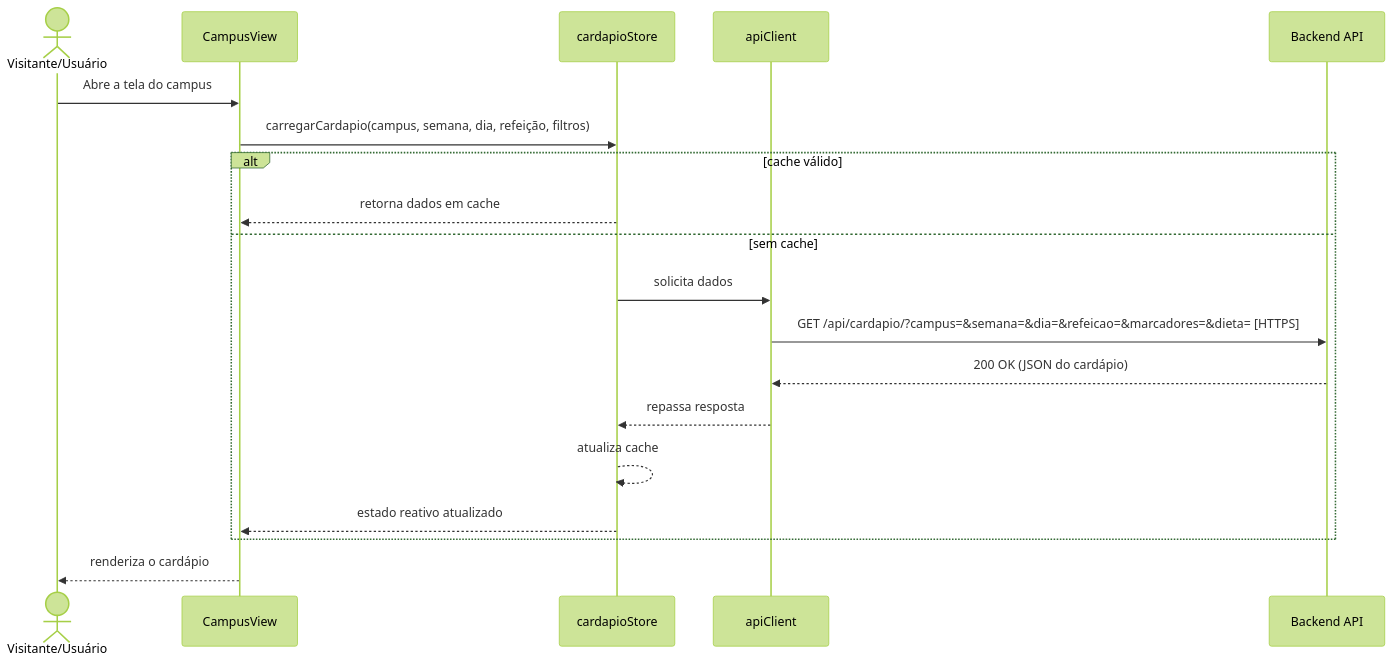
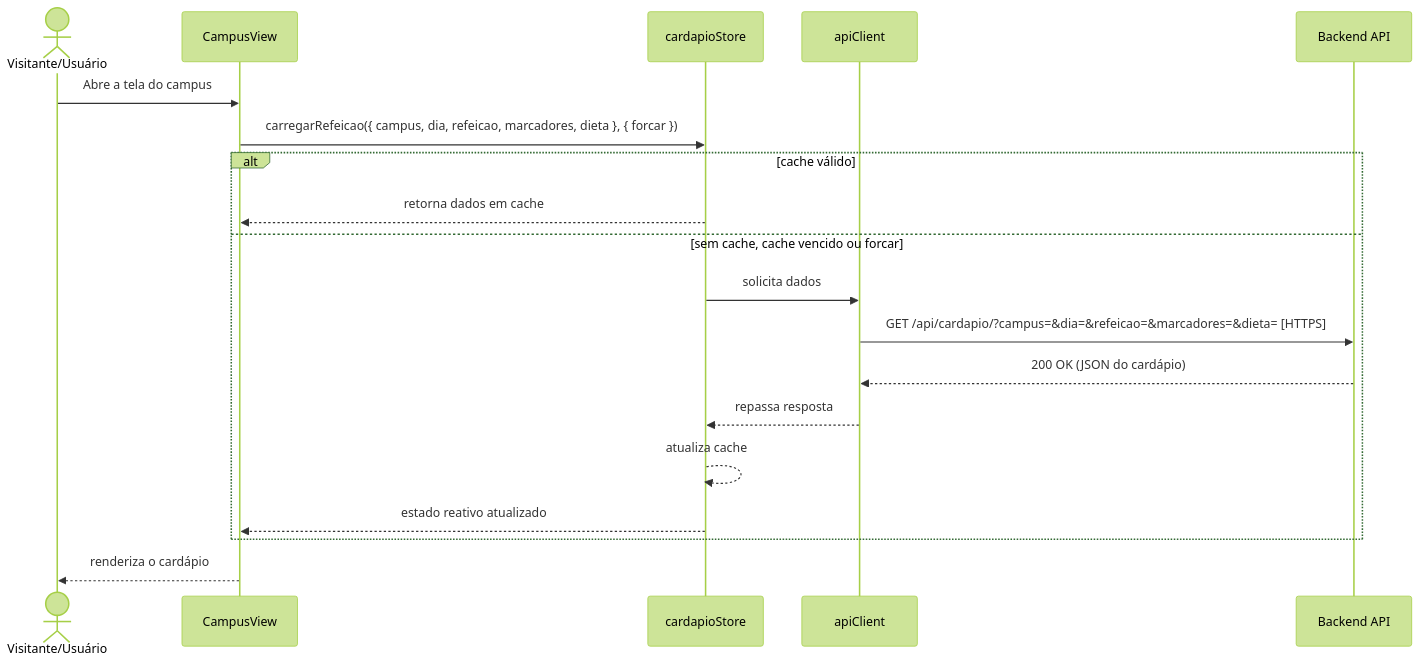
One commit to unb-mds/2026-2-Bandejao-UnB changed the fifth of 11 diagrams in docs/arquitetura/front-end/c4-niveis-3-4-frontend-bandejao.md. Above: the diagram before and after it, drawn with Mermaid (forest theme). The commit also changed other lines of this file, not shown here.

````diff
--- a/docs/arquitetura/front-end/c4-niveis-3-4-frontend-bandejao.md
+++ b/docs/arquitetura/front-end/c4-niveis-3-4-frontend-bandejao.md
@@ -663,22 +664,22 @@
 ```mermaid
 sequenceDiagram
   actor V as Visitante/Usuário
   participant CV as CampusView
   participant CS as cardapioStore
   participant AC as apiClient
   participant BE as Backend API
 
   V->>CV: Abre a tela do campus
-  CV->>CS: carregarCardapio(campus, semana, dia, refeição, filtros)
+  CV->>CS: carregarRefeicao({ campus, dia, refeicao, marcadores, dieta }, { forcar })
   alt cache válido
     CS-->>CV: retorna dados em cache
-  else sem cache
+  else sem cache, cache vencido ou forcar
     CS->>AC: solicita dados
-    AC->>BE: GET /api/cardapio/?campus=&semana=&dia=&refeicao=&marcadores=&dieta= [HTTPS]
+    AC->>BE: GET /api/cardapio/?campus=&dia=&refeicao=&marcadores=&dieta= [HTTPS]
     BE-->>AC: 200 OK (JSON do cardápio)
     AC-->>CS: repassa resposta
     CS-->>CS: atualiza cache
     CS-->>CV: estado reativo atualizado
   end
   CV-->>V: renderiza o cardápio
 ```
````
